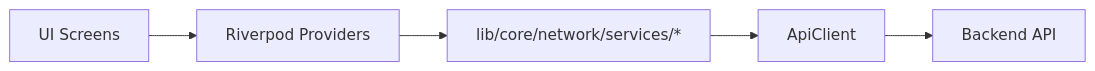
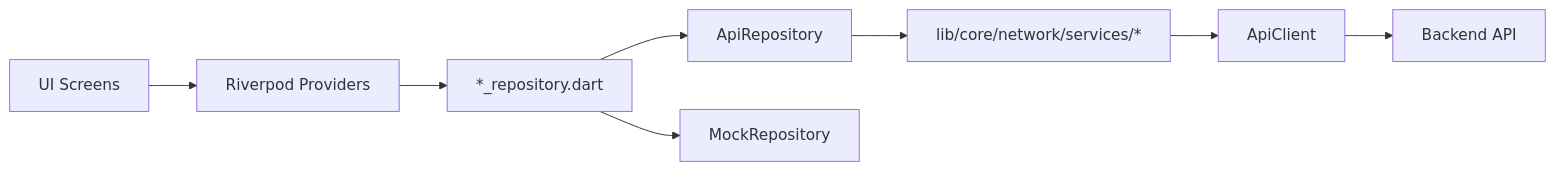
One commit to kiroayad1/MedBank changed the first of 2 diagrams in docs/INTEGRATION.md. Above: the diagram before and after it, drawn with Mermaid. The commit also changed other lines of this file and 45 other files, not shown here.

First line of the commit message:
feat: add FutureProviders, repository pattern, docs, and mock cleanup script

````diff
--- a/docs/INTEGRATION.md
+++ b/docs/INTEGRATION.md
@@ -9,7 +9,10 @@
 ```mermaid
 flowchart LR
   Screens[UI Screens] --> Providers[Riverpod Providers]
-  Providers --> Services["lib/core/network/services/*"]
+  Providers --> Repositories["*_repository.dart"]
+  Repositories --> APIImpl[ApiRepository]
+  Repositories --> MockImpl[MockRepository]
+  APIImpl --> Services["lib/core/network/services/*"]
   Services --> ApiClient[ApiClient]
   ApiClient --> API[Backend API]
 ```
````
